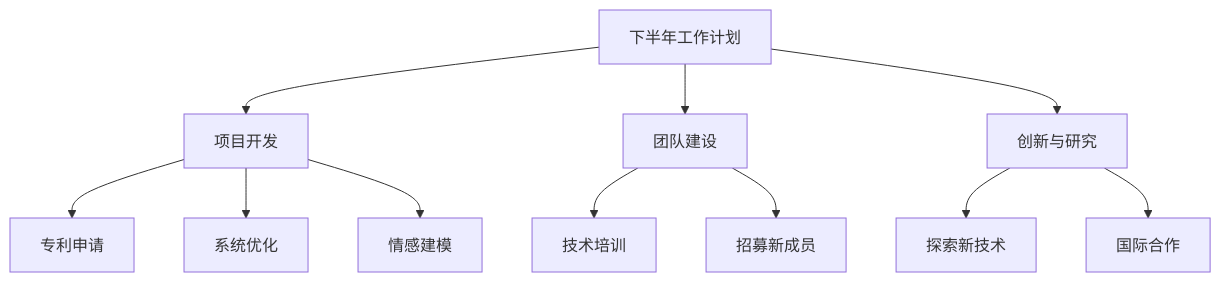
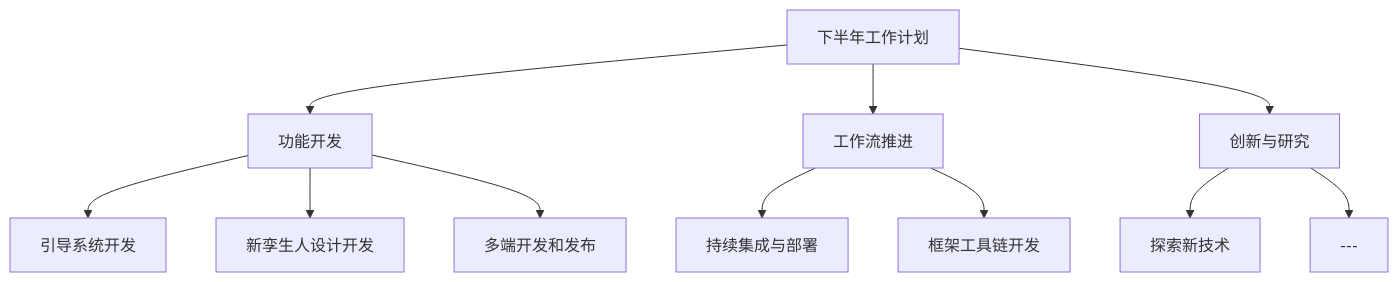
Before and after one commit to kamisaer/Who-am-I: the second of 2 diagrams in README.md, drawn with Mermaid. The commit also changed other lines of this file, not shown here.

````diff
--- a/README.md
+++ b/README.md
@@ -78,13 +61,13 @@
 ```mermaid 
 flowchart TD
-    A[下半年工作计划] --> B[项目开发]
-    B --> B1[专利申请]
-    B --> B2[系统优化]
-    B --> B3[情感建模]
-    A --> C[团队建设]
-    C --> C1[技术培训]
-    C --> C2[招募新成员]
+    A[下半年工作计划] --> B[功能开发]
+    B --> B1[引导系统开发]
+    B --> B2[新孪生人设计开发]
+    B --> B3[多端开发和发布]
+    A --> C[工作流推进]
+    C --> C1[持续集成与部署]
+    C --> C2[框架工具链开发]
     A --> D[创新与研究]
     D --> D1[探索新技术]
-    D --> D2[国际合作]
+    D --> D2[---]
 ```
````
